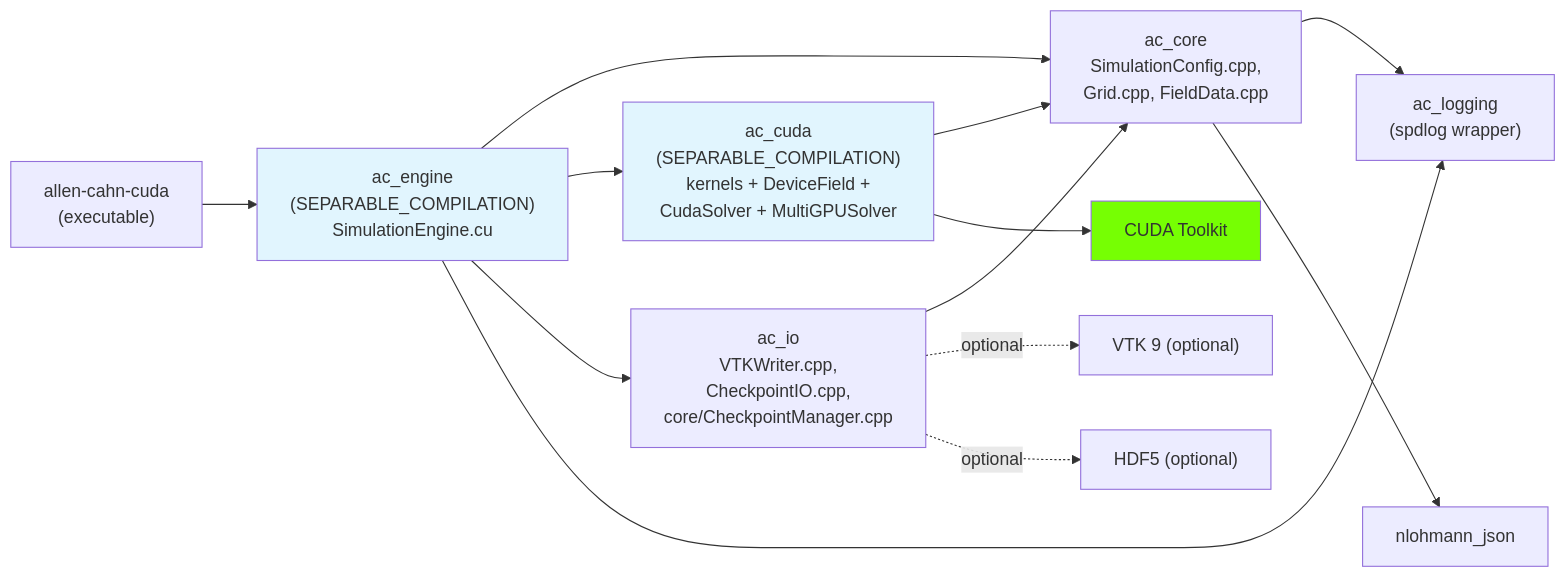
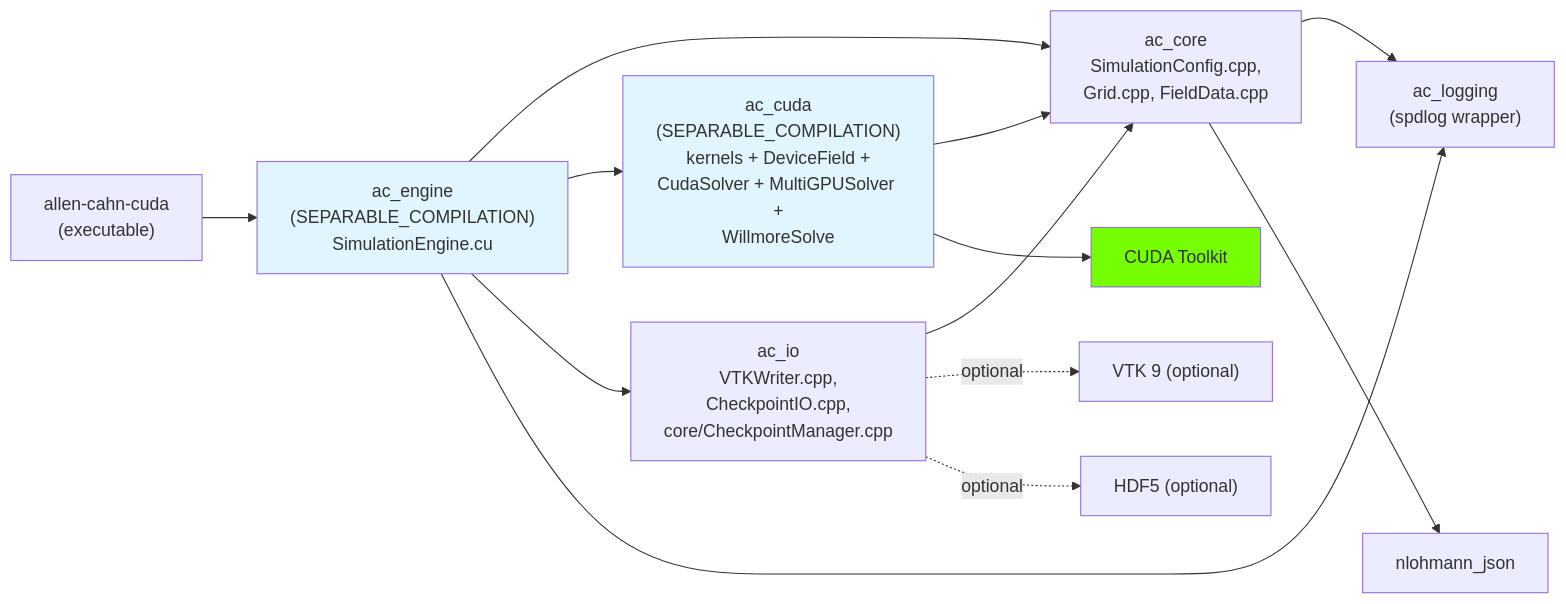
One commit to myousefi2016/Allen-Cahn-CUDA changed the second of 9 diagrams in docs/ARCHITECTURE.md. Above: the diagram before and after it, drawn with Mermaid. The commit also changed other lines of this file and 36 other files, not shown here.

````diff
--- a/docs/ARCHITECTURE.md
+++ b/docs/ARCHITECTURE.md
@@ -84,30 +90,30 @@
 ```mermaid
 graph LR
     aclog["ac_logging<br/>(spdlog wrapper)"]
     accore["ac_core<br/>SimulationConfig.cpp,<br/>Grid.cpp, FieldData.cpp"]
-    accuda["ac_cuda<br/>(SEPARABLE_COMPILATION)<br/>kernels + DeviceField +<br/>CudaSolver + MultiGPUSolver"]
+    accuda["ac_cuda<br/>(SEPARABLE_COMPILATION)<br/>kernels + DeviceField +<br/>CudaSolver + MultiGPUSolver +<br/>WillmoreSolve"]
     acio["ac_io<br/>VTKWriter.cpp,<br/>CheckpointIO.cpp,<br/>core/CheckpointManager.cpp"]
     acengine["ac_engine<br/>(SEPARABLE_COMPILATION)<br/>SimulationEngine.cu"]
     exe["allen-cahn-cuda<br/>(executable)"]
     json["nlohmann_json"]
     cuda["CUDA Toolkit"]
     vtk["VTK 9 (optional)"]
     hdf5["HDF5 (optional)"]
 
     accore --> aclog
     accore --> json
     accuda --> accore
     accuda --> cuda
     acio --> accore
     acio -.optional.-> vtk
     acio -.optional.-> hdf5
     acengine --> accore
     acengine --> accuda
     acengine --> acio
     acengine --> aclog
     exe --> acengine
 
     style accuda fill:#e1f5fe
     style acengine fill:#e1f5fe
     style cuda fill:#76ff03
 ```
````
